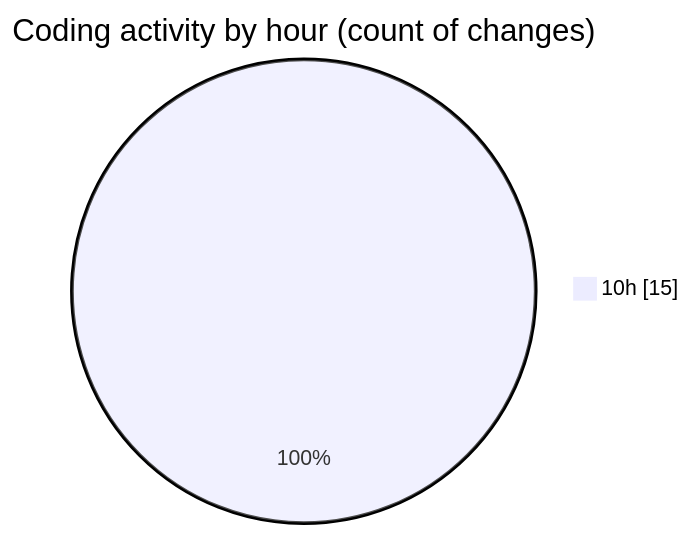
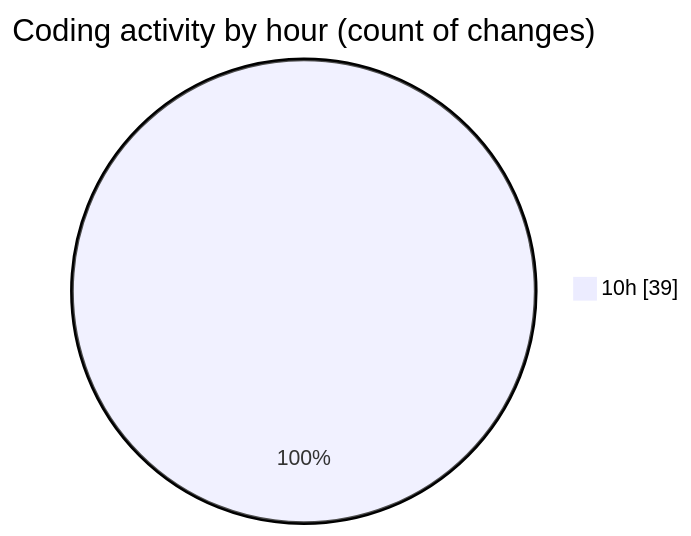
One commit to momahboobian/code-tracking changed the second of 2 diagrams in 2025-10-29/cda/README.md. Above: the diagram before and after it, drawn with Mermaid. The commit also changed other lines of this file and 1 other file, not shown here.

````diff
--- a/2025-10-29/cda/README.md
+++ b/2025-10-29/cda/README.md
@@ -44,5 +44,5 @@
 ```mermaid
 pie showData
 title Coding activity by hour (count of changes)
-"10h" : 15
+"10h" : 39
 ```
````
